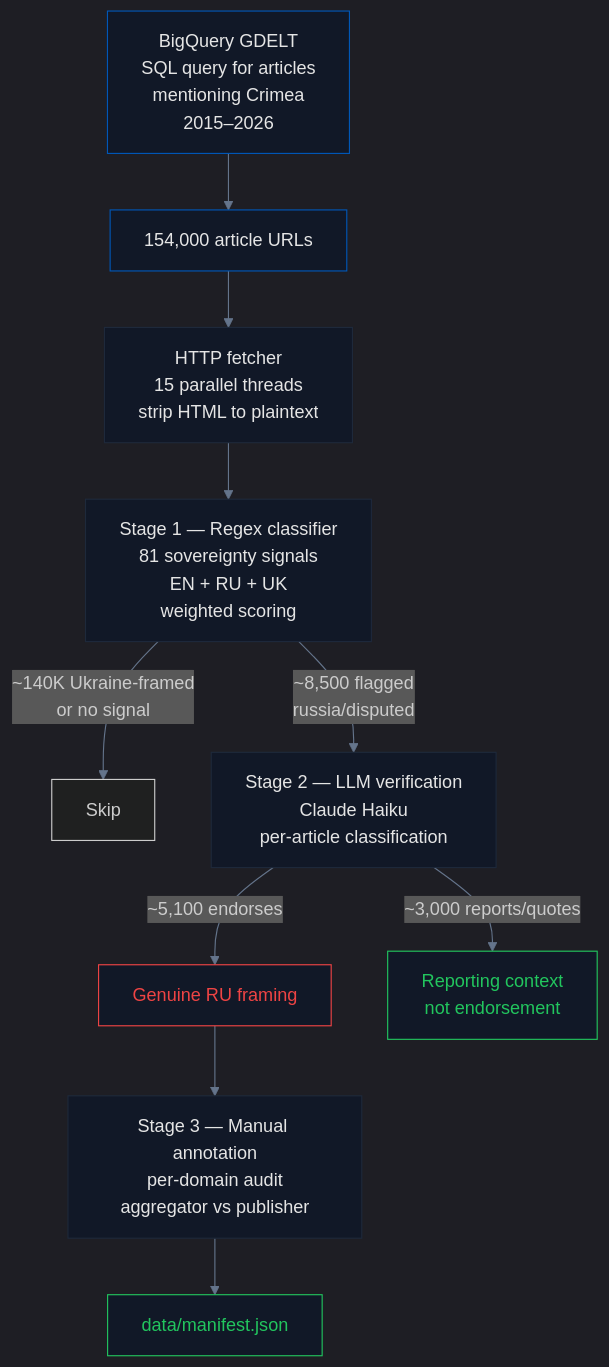
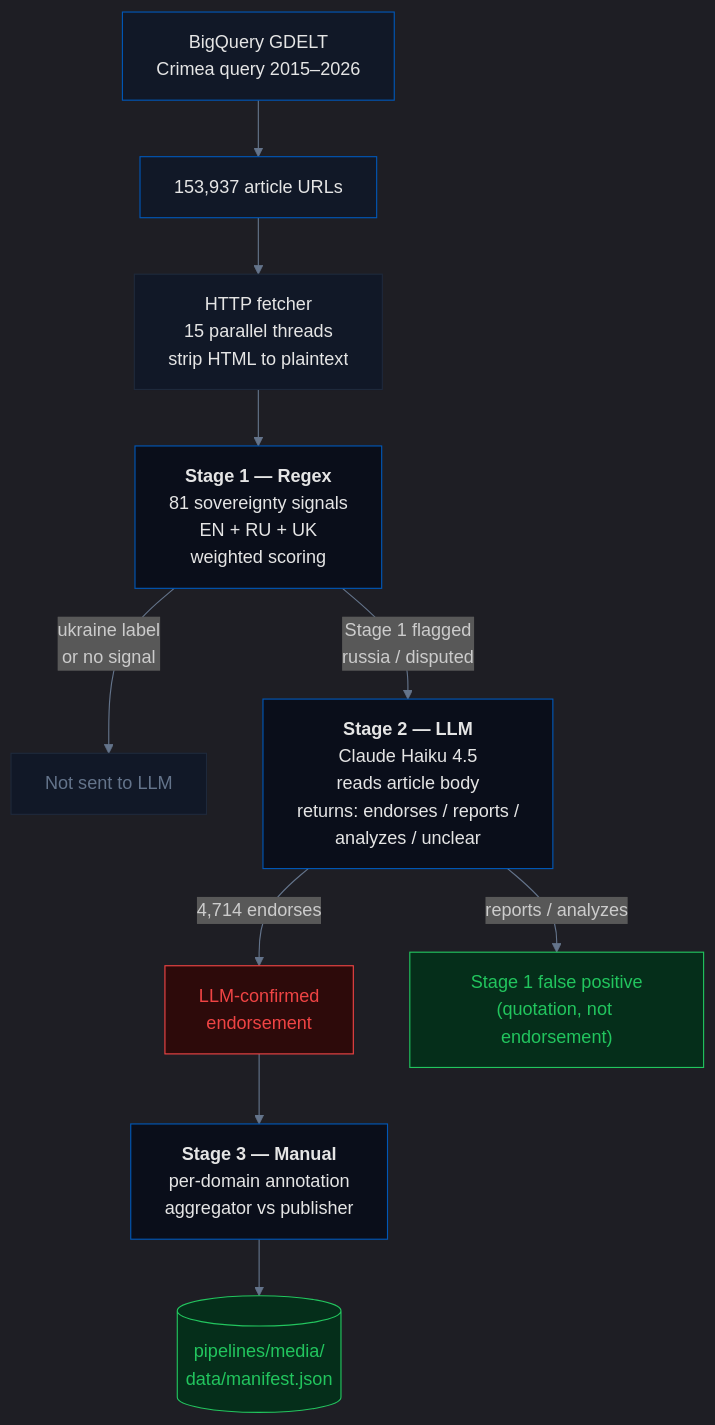
One commit to IvanDobrovolsky/crimeaisukraine changed the second of 2 diagrams in pipelines/media/README.md. Above: the diagram before and after it, drawn with Mermaid. The commit also changed other lines of this file and 9 other files, not shown here.

First line of the commit message:
Telecom + IP + Media pipelines: definitive briefings with live data, supply-chain diagrams, statistics, methodology clarifications

````diff
--- a/pipelines/media/README.md
+++ b/pipelines/media/README.md
@@ -26,23 +87,24 @@
 ```mermaid
 %%{init: {'theme': 'dark', 'themeVariables': {'primaryColor': '#0057b7', 'primaryTextColor': '#e5e5e5', 'lineColor': '#64748b', 'primaryBorderColor': '#1e293b'}}}%%
-graph TB
-    A["BigQuery GDELT<br/>SQL query for articles<br/>mentioning Crimea<br/>2015–2026"] --> B["154,000 article URLs"]
+flowchart TB
+    A["BigQuery GDELT<br/>Crimea query 2015–2026"] --> B["153,937 article URLs"]
     B --> C["HTTP fetcher<br/>15 parallel threads<br/>strip HTML to plaintext"]
-    C --> D["Stage 1 — Regex classifier<br/>81 sovereignty signals<br/>EN + RU + UK<br/>weighted scoring"]
-    D -->|"~140K Ukraine-framed<br/>or no signal"| E1["Skip"]
-    D -->|"~8,500 flagged<br/>russia/disputed"| F["Stage 2 — LLM verification<br/>Claude Haiku<br/>per-article classification"]
-    F -->|"~5,100 endorses"| G1["Genuine RU framing"]
-    F -->|"~3,000 reports/quotes"| G2["Reporting context<br/>not endorsement"]
-    G1 --> H["Stage 3 — Manual annotation<br/>per-domain audit<br/>aggregator vs publisher"]
-    H --> I["data/manifest.json"]
+    C --> D["<b>Stage 1 — Regex</b><br/>81 sovereignty signals<br/>EN + RU + UK<br/>weighted scoring"]
+    D -->|"ukraine label<br/>or no signal"| E1["Not sent to LLM"]
+    D -->|"Stage 1 flagged<br/>russia / disputed"| F["<b>Stage 2 — LLM</b><br/>Claude Haiku 4.5<br/>reads article body<br/>returns: endorses / reports /<br/>analyzes / unclear"]
+    F -->|"4,714 endorses"| G1["LLM-confirmed<br/>endorsement"]
+    F -->|"reports / analyzes"| G2["Stage 1 false positive<br/>(quotation, not endorsement)"]
+    G1 --> H["<b>Stage 3 — Manual</b><br/>per-domain annotation<br/>aggregator vs publisher"]
+    H --> I[("pipelines/media/<br/>data/manifest.json")]
 
     style A fill:#111827,stroke:#0057b7,color:#e5e5e5
     style B fill:#111827,stroke:#0057b7,color:#e5e5e5
     style C fill:#111827,stroke:#1e293b,color:#e5e5e5
-    style D fill:#111827,stroke:#1e293b,color:#e5e5e5
-    style F fill:#111827,stroke:#1e293b,color:#e5e5e5
-    style G1 fill:#111827,stroke:#ef4444,color:#ef4444
-    style G2 fill:#111827,stroke:#22c55e,color:#22c55e
-    style H fill:#111827,stroke:#1e293b,color:#e5e5e5
-    style I fill:#111827,stroke:#22c55e,color:#22c55e
+    style D fill:#0a0e1a,stroke:#0057b7,color:#e5e5e5
+    style E1 fill:#111827,stroke:#1e293b,color:#64748b
+    style F fill:#0a0e1a,stroke:#0057b7,color:#e5e5e5
+    style G1 fill:#2d0a0a,stroke:#ef4444,color:#ef4444
+    style G2 fill:#052e1a,stroke:#22c55e,color:#22c55e
+    style H fill:#0a0e1a,stroke:#0057b7,color:#e5e5e5
+    style I fill:#052e1a,stroke:#22c55e,color:#22c55e
 ```
````
